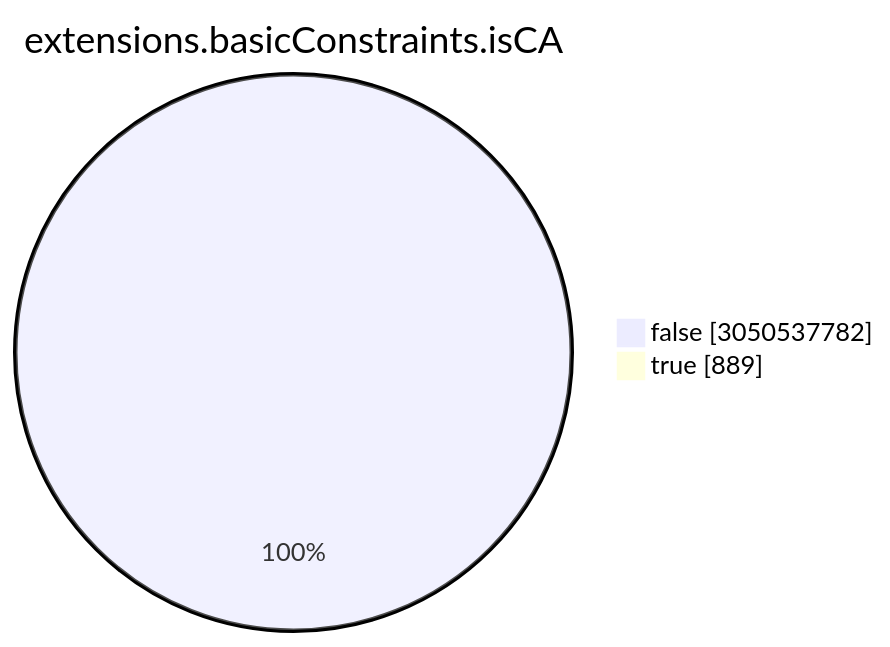
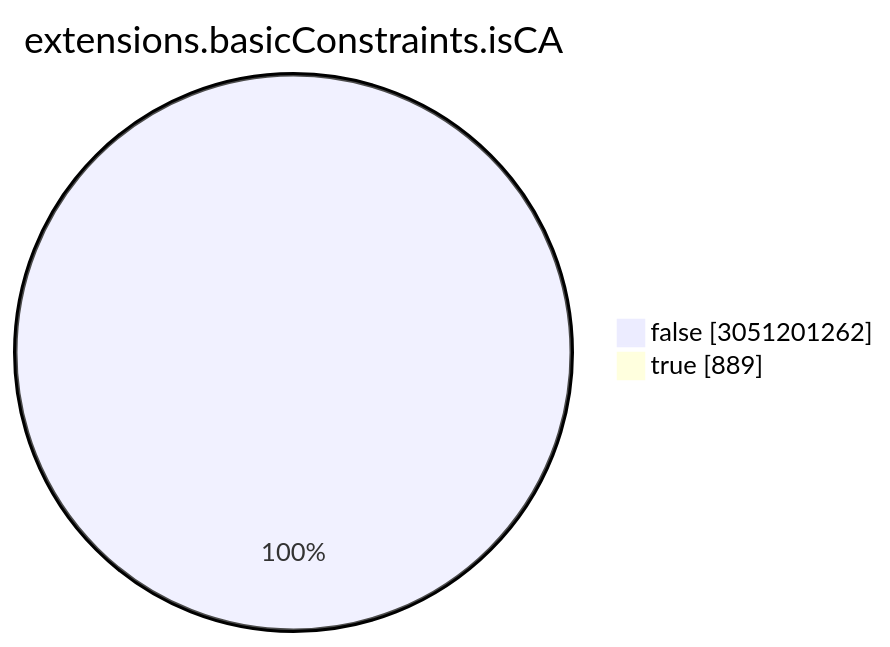
Before and after one commit to christiankrug/ctmonitor_visualization: the seventh of 15 diagrams in TOTAL/README.md, drawn with Mermaid. The commit also changed other lines of this file, not shown here.

````diff
--- a/TOTAL/README.md
+++ b/TOTAL/README.md
@@ -3088,6 +3088,6 @@
 ```mermaid
 pie showData
 title extensions.basicConstraints.isCA
-"false" :3050537782
+"false" :3051201262
 "true" :889
 ```
````
